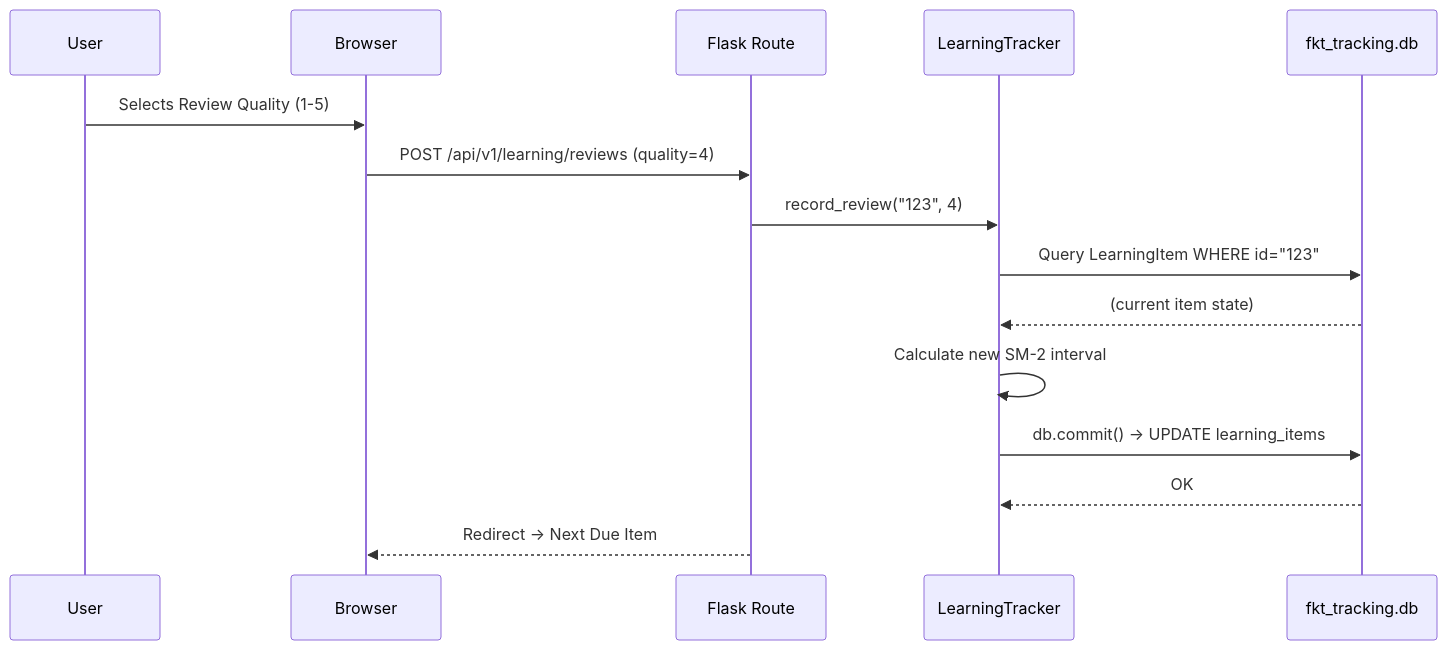
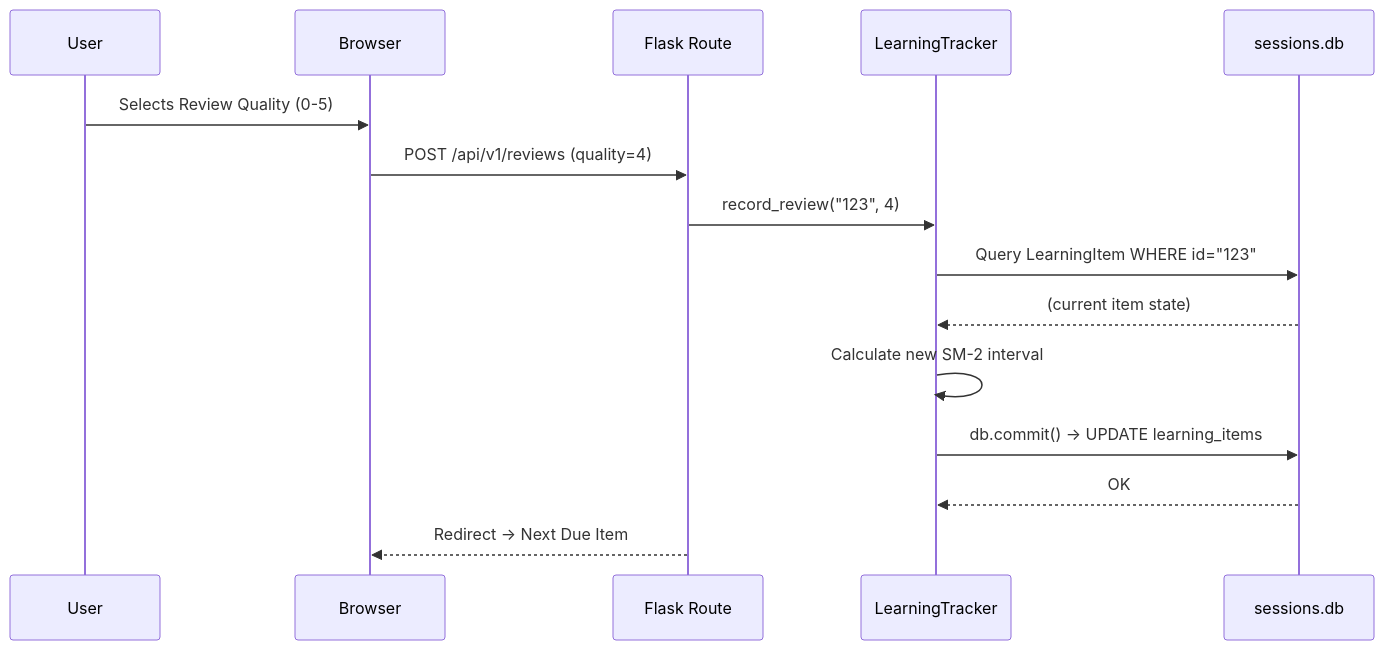
The second of 2 diagrams in architecture/low_level/sequence_diagrams.md (AyushDevadiga1/Forgotten-Knowledge-Tracker), drawn with Mermaid before and after one commit. The commit also changed other lines of this file and 7 other files, not shown here.

Commit message:
docs: correct architecture discrepancies (DB name, frontend, endpoints, ERD)

````diff
--- a/architecture/low_level/sequence_diagrams.md
+++ b/architecture/low_level/sequence_diagrams.md
@@ -29,22 +29,22 @@
 ```mermaid
 sequenceDiagram
     participant User
     participant Browser
     participant Flask Route
     participant LearningTracker
-    participant DB as fkt_tracking.db
+    participant DB as sessions.db
 
-    User->>Browser: Selects Review Quality (1-5)
-    Browser->>Flask Route: POST /api/v1/learning/reviews (quality=4)
+    User->>Browser: Selects Review Quality (0-5)
+    Browser->>Flask Route: POST /api/v1/reviews (quality=4)
     Flask Route->>LearningTracker: record_review("123", 4)
     
     LearningTracker->>DB: Query LearningItem WHERE id="123"
     DB-->>LearningTracker: (current item state)
     
     LearningTracker->>LearningTracker: Calculate new SM-2 interval
     
     LearningTracker->>DB: db.commit() -> UPDATE learning_items
     DB-->>LearningTracker: OK
     
     Flask Route-->>Browser: Redirect -> Next Due Item
 ```
````
